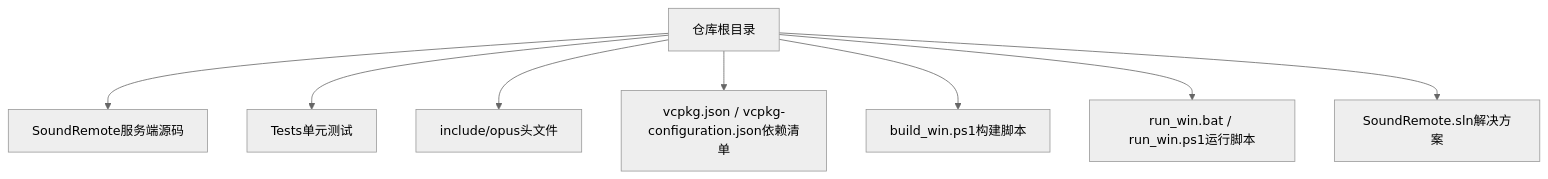
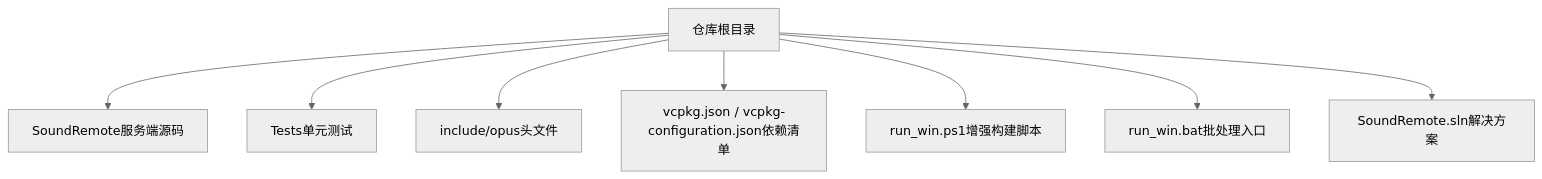
Before and after one commit to tea4go/SoundRemote-WinServer: the first of 4 diagrams in .qoder/repowiki/zh/content/快速开始.md, drawn with Mermaid (neutral theme). The commit also changed other lines of this file and 19 other files, not shown here.

````diff
--- a/.qoder/repowiki/zh/content/快速开始.md
+++ b/.qoder/repowiki/zh/content/快速开始.md
@@ -38,10 +46,10 @@
 ```mermaid
 graph TB
 A["仓库根目录"] --> B["SoundRemote服务端源码"]
 A --> C["Tests单元测试"]
 A --> D["include/opus头文件"]
 A --> E["vcpkg.json / vcpkg-configuration.json依赖清单"]
-A --> F["build_win.ps1构建脚本"]
-A --> G["run_win.bat / run_win.ps1运行脚本"]
+A --> F["run_win.ps1增强构建脚本"]
+A --> G["run_win.bat批处理入口"]
 A --> H["SoundRemote.sln解决方案"]
 ```
````
